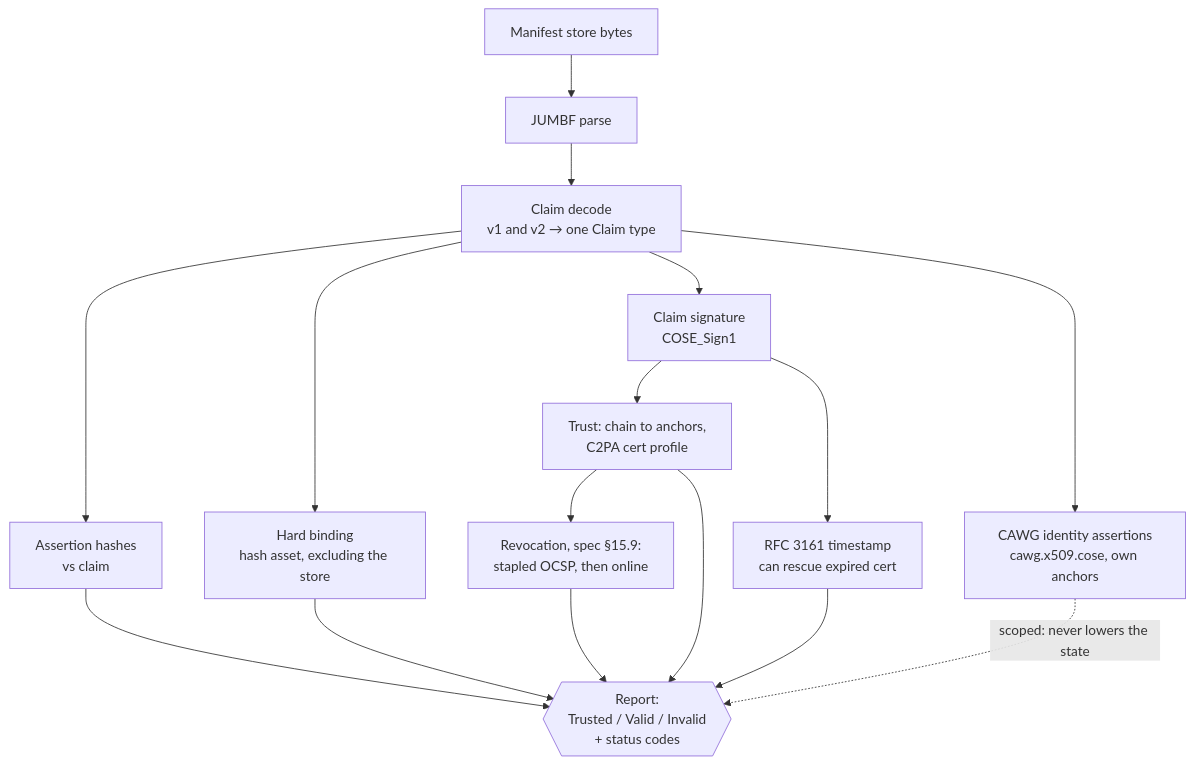
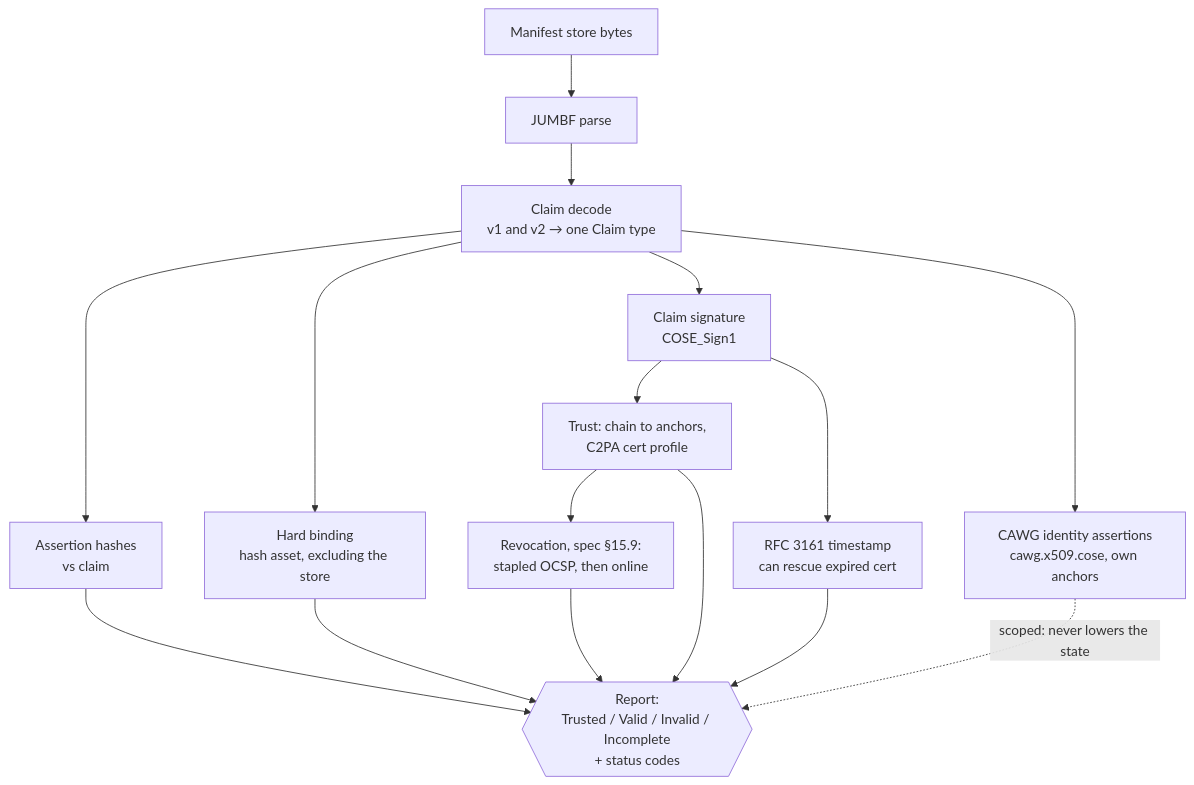
Before and after one commit to scouten/state-machine-experiment: the second of 3 diagrams in docs/walkthrough/03-read-path.md, drawn with Mermaid. The commit also changed other lines of this file and 71 other files, not shown here.

````diff
--- a/docs/walkthrough/03-read-path.md
+++ b/docs/walkthrough/03-read-path.md
@@ -35,14 +35,14 @@
 ```mermaid
 flowchart TD
     A[Manifest store bytes] --> B[JUMBF parse]
     B --> C[Claim decode<br/>v1 and v2 → one Claim type]
     C --> D[Assertion hashes<br/>vs claim]
     C --> E[Hard binding<br/>hash asset, excluding the store]
     C --> F[Claim signature<br/>COSE_Sign1]
     F --> G[Trust: chain to anchors,<br/>C2PA cert profile]
     F --> H[RFC 3161 timestamp<br/>can rescue expired cert]
     G --> I[Revocation, spec §15.9:<br/>stapled OCSP, then online]
     C --> J[CAWG identity assertions<br/>cawg.x509.cose, own anchors]
-    D & E & G & H & I --> V{{"Report:<br/>Trusted / Valid / Invalid<br/>+ status codes"}}
+    D & E & G & H & I --> V{{"Report:<br/>Trusted / Valid / Invalid / Incomplete<br/>+ status codes"}}
     J -.->|"scoped: never lowers the state"| V
 ```
````
